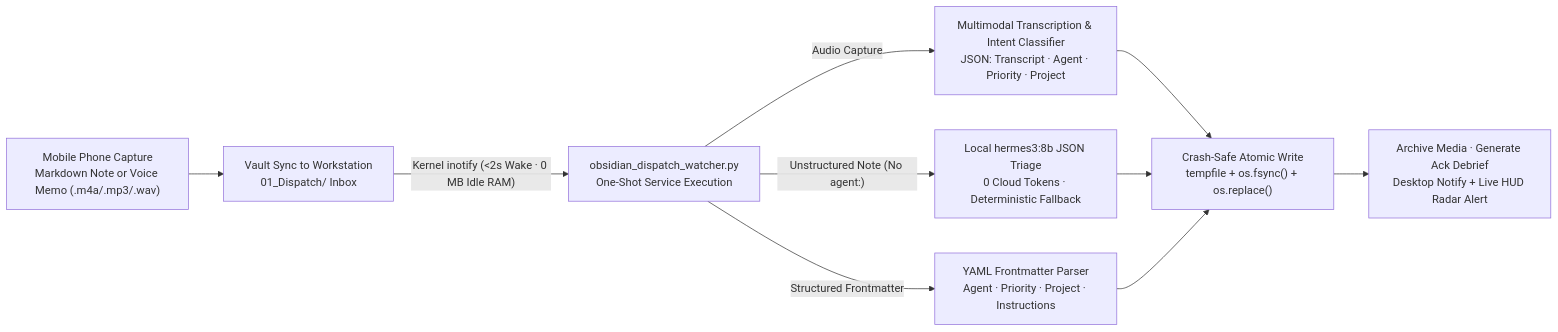
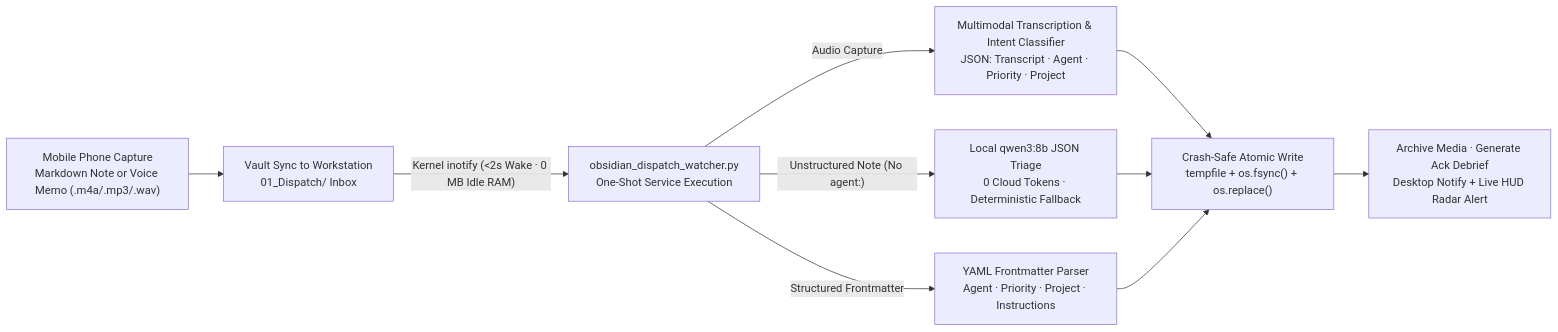
One commit to jhathcock-sys/Public-Showcase changed the diagram in 02_AI-Systems-Architecture/06-Ambient-Mobile-Dispatch-and-Local-Inference.md. Above: the diagram before and after it, drawn with Mermaid. The commit also changed other lines of this file and 10 other files, not shown here.

Commit message:
docs(showcase): sync Arclight v0.7.1 (Sprint 2 + Wave 0 + Sprint 2.5), 18-upgrade ROI architecture, ~20x token benchmark, and 30/30 doctor

````diff
--- a/02_AI-Systems-Architecture/06-Ambient-Mobile-Dispatch-and-Local-Inference.md
+++ b/02_AI-Systems-Architecture/06-Ambient-Mobile-Dispatch-and-Local-Inference.md
@@ -26,12 +26,12 @@
 ```mermaid
 flowchart LR
     Mobile["Mobile Phone Capture\nMarkdown Note or Voice Memo (.m4a/.mp3/.wav)"] --> Sync["Vault Sync to Workstation\n01_Dispatch/ Inbox"]
     Sync -->|"Kernel inotify (<2s Wake · 0 MB Idle RAM)"| Watch["obsidian_dispatch_watcher.py\nOne-Shot Service Execution"]
     Watch -->|"Audio Capture"| Voice["Multimodal Transcription & Intent Classifier\nJSON: Transcript · Agent · Priority · Project"]
-    Watch -->|"Unstructured Note (No agent:)"| LocalTriage["Local hermes3:8b JSON Triage\n0 Cloud Tokens · Deterministic Fallback"]
+    Watch -->|"Unstructured Note (No agent:)"| LocalTriage["Local qwen3:8b JSON Triage\n0 Cloud Tokens · Deterministic Fallback"]
     Watch -->|"Structured Frontmatter"| Meta["YAML Frontmatter Parser\nAgent · Priority · Project · Instructions"]
     Voice --> Safe["Crash-Safe Atomic Write\ntempfile + os.fsync() + os.replace()"]
     LocalTriage --> Safe
     Meta --> Safe
     Safe --> Ack["Archive Media · Generate Ack Debrief\nDesktop Notify + Live HUD Radar Alert"]
 ```
````
